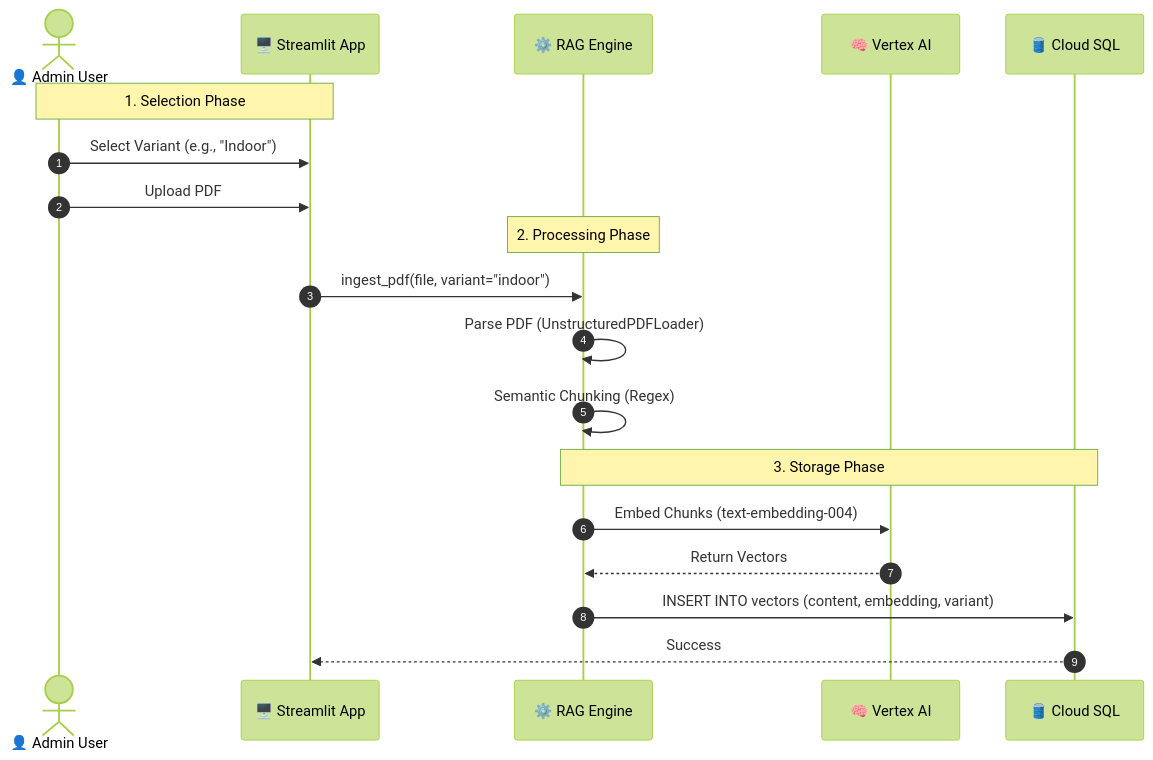
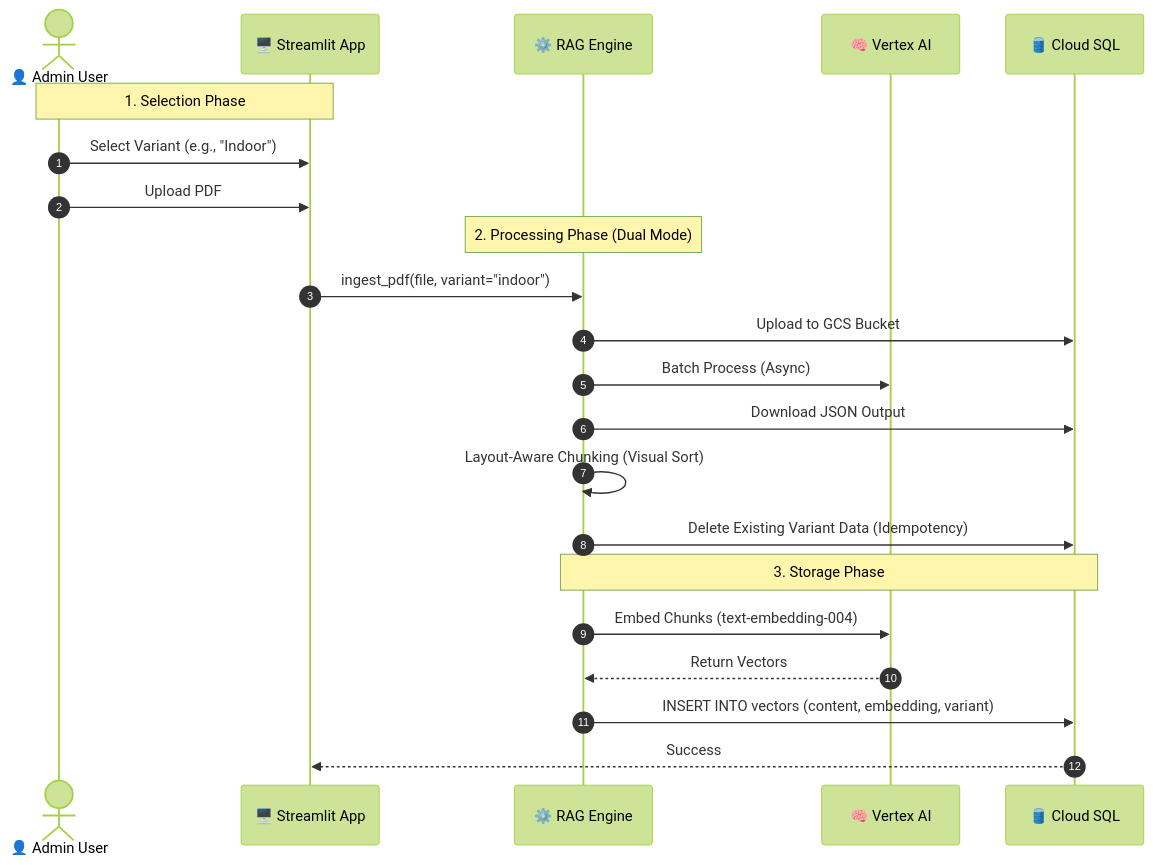
One commit to bavobbr/langchain-poc changed the first of 2 diagrams in README.md. Above: the diagram before and after it, drawn with Mermaid (forest theme). The commit also changed other lines of this file, not shown here.

Commit message:
docs: Update README to detail Document AI dual-mode ingestion, idempotent processing, and revised ingestion flow diagram.

````diff
--- a/README.md
+++ b/README.md
@@ -24,24 +25,29 @@
 ```mermaid
 sequenceDiagram
     autonumber
     actor User as 👤 Admin User
     participant App as 🖥️ Streamlit App
     participant Engine as ⚙️ RAG Engine
     participant Vertex as 🧠 Vertex AI
     participant DB as 🛢️ Cloud SQL
 
     Note over User, App: 1. Selection Phase
     User->>App: Select Variant (e.g., "Indoor")
     User->>App: Upload PDF
 
-    Note over Engine: 2. Processing Phase
+    Note over Engine: 2. Processing Phase (Dual Mode)
     App->>Engine: ingest_pdf(file, variant="indoor")
-    Engine->>Engine: Parse PDF (UnstructuredPDFLoader)
-    Engine->>Engine: Semantic Chunking (Regex)
+    
+    Engine->>DB: Upload to GCS Bucket
+    Engine->>Vertex: Batch Process (Async)
+    Engine->>DB: Download JSON Output
+
+    Engine->>Engine: Layout-Aware Chunking (Visual Sort)
+    Engine->>DB: Delete Existing Variant Data (Idempotency)
 
     Note over Engine, DB: 3. Storage Phase
     Engine->>Vertex: Embed Chunks (text-embedding-004)
     Vertex-->>Engine: Return Vectors
     Engine->>DB: INSERT INTO vectors (content, embedding, variant)
     DB-->>App: Success
 ```
````
